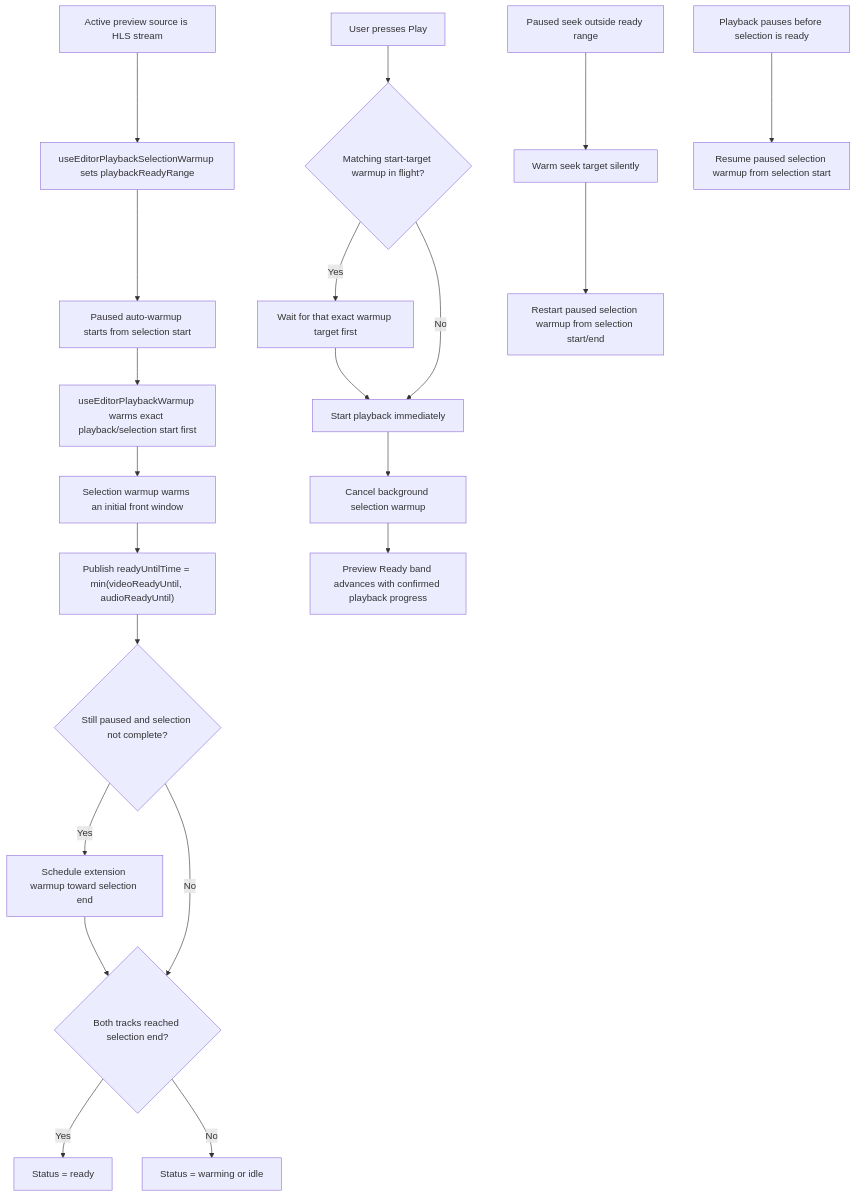
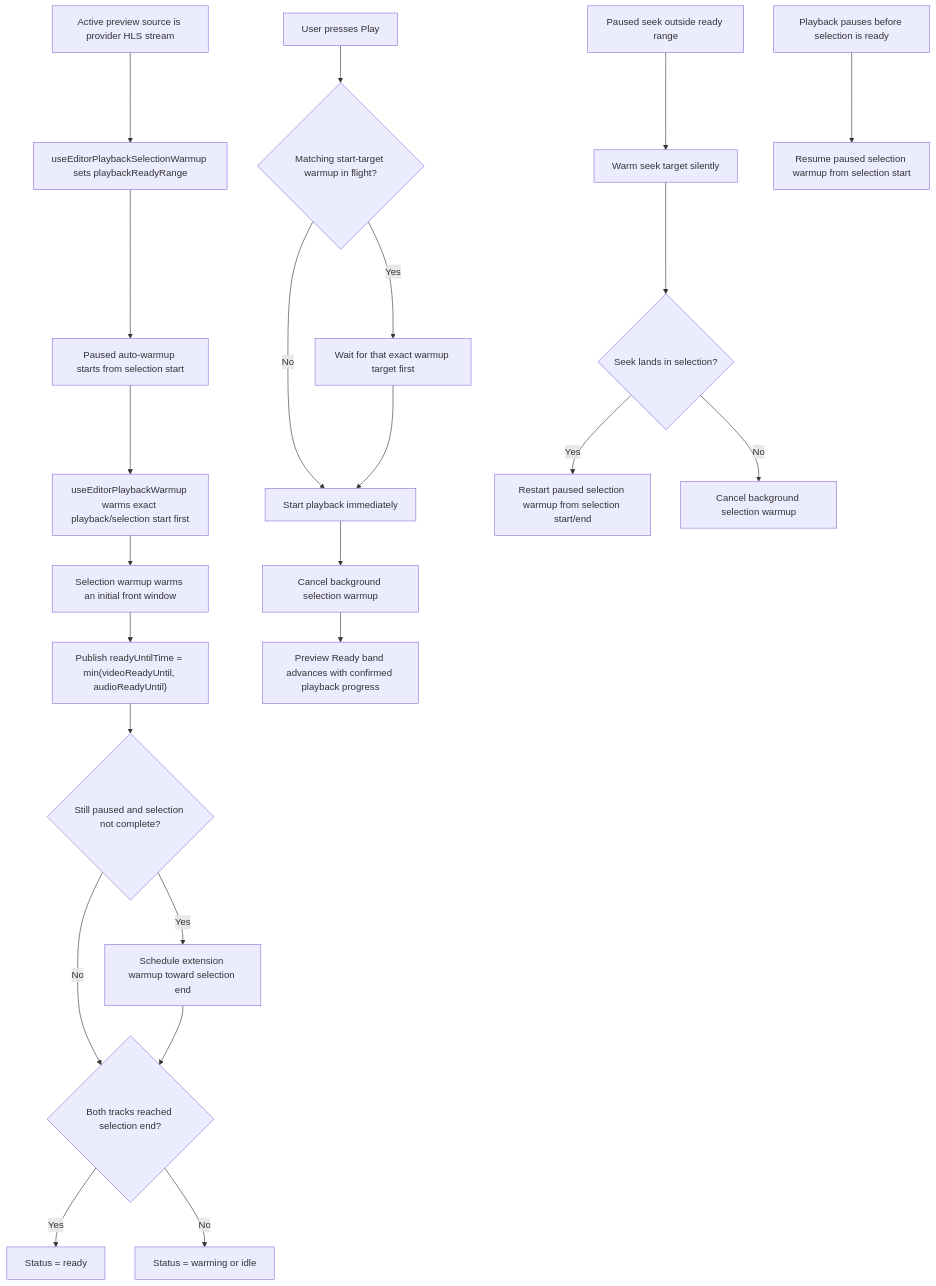
The sixth of 13 diagrams in DIAGRAMS.md (TechSquidTV/Cliparr), drawn with Mermaid before and after one commit. The commit also changed other lines of this file, not shown here.

First line of the commit message:
docs(cliparr): update workflow diagrams (#106)

````diff
--- a/DIAGRAMS.md
+++ b/DIAGRAMS.md
@@ -134,26 +167,28 @@
 ```mermaid
 flowchart TD
-    A["Active preview source is HLS stream"] --> B["useEditorPlaybackSelectionWarmup sets playbackReadyRange"]
+    A["Active preview source is provider HLS stream"] --> B["useEditorPlaybackSelectionWarmup sets playbackReadyRange"]
     B --> C["Paused auto-warmup starts from selection start"]
     C --> D["useEditorPlaybackWarmup warms exact playback/selection start first"]
     D --> E["Selection warmup warms an initial front window"]
     E --> F["Publish readyUntilTime = min(videoReadyUntil, audioReadyUntil)"]
     F --> G{"Still paused and selection not complete?"}
     G -- "Yes" --> H["Schedule extension warmup toward selection end"]
     G -- "No" --> I{"Both tracks reached selection end?"}
     H --> I
     I -- "Yes" --> J["Status = ready"]
     I -- "No" --> K["Status = warming or idle"]
 
     L["User presses Play"] --> M{"Matching start-target warmup in flight?"}
     M -- "Yes" --> N["Wait for that exact warmup target first"]
     M -- "No" --> O["Start playback immediately"]
     N --> O
     O --> P["Cancel background selection warmup"]
     P --> Q["Preview Ready band advances with confirmed playback progress"]
 
     R["Paused seek outside ready range"] --> S["Warm seek target silently"]
-    S --> T["Restart paused selection warmup from selection start/end"]
+    S --> T{"Seek lands in selection?"}
+    T -- "Yes" --> U["Restart paused selection warmup from selection start/end"]
+    T -- "No" --> V["Cancel background selection warmup"]
 
-    U["Playback pauses before selection is ready"] --> V["Resume paused selection warmup from selection start"]
+    W["Playback pauses before selection is ready"] --> X["Resume paused selection warmup from selection start"]
 ```
````
